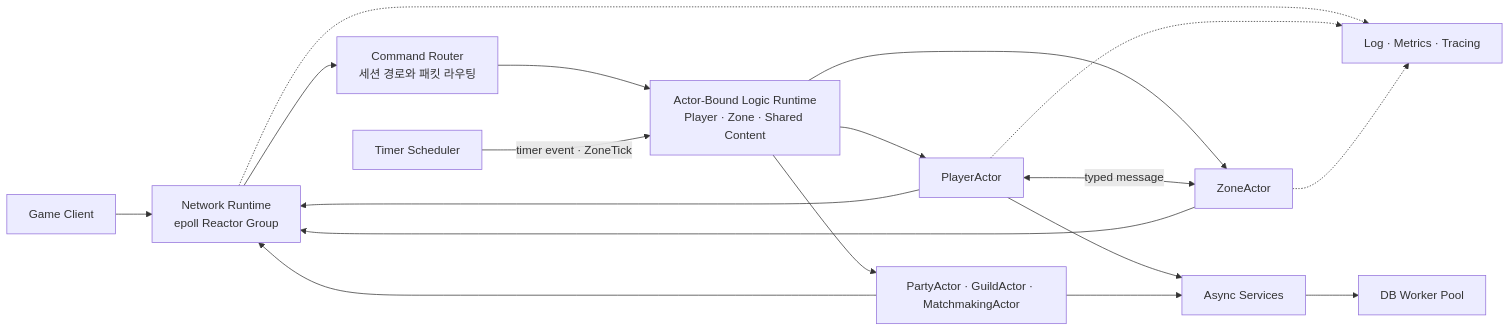
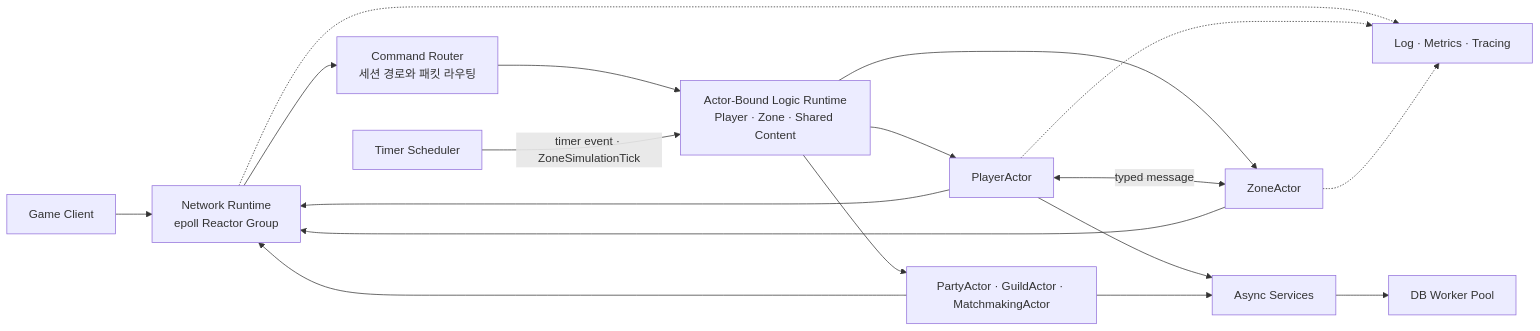
One commit to oak-cassia/SnF changed the first of 3 diagrams in docs/server-architecture-draft.md. Above: the diagram before and after it, drawn with Mermaid. The commit also changed other lines of this file and 21 other files, not shown here.

````diff
--- a/docs/server-architecture-draft.md
+++ b/docs/server-architecture-draft.md
@@ -133,26 +168,26 @@
 ```mermaid
 flowchart LR
     Client["Game Client"] --> Network["Network Runtime<br/>epoll Reactor Group"]
     Network --> Router["Command Router<br/>세션 경로와 패킷 라우팅"]
 
     Router --> Logic["Actor-Bound Logic Runtime<br/>Player · Zone · Shared Content"]
 
     Logic --> Player["PlayerActor"]
     Logic --> World["ZoneActor"]
     Logic --> Content["PartyActor · GuildActor · MatchmakingActor"]
 
     Player <-->|"typed message"| World
 
     Player --> Async["Async Services"]
     Content --> Async
     Async --> DB["DB Worker Pool"]
-    Timer["Timer Scheduler"] -->|"timer event · ZoneTick"| Logic
+    Timer["Timer Scheduler"] -->|"timer event · ZoneSimulationTick"| Logic
 
     Player --> Network
     World --> Network
     Content --> Network
 
     Network -.-> Observability["Log · Metrics · Tracing"]
     Player -.-> Observability
     World -.-> Observability
 ```
````
